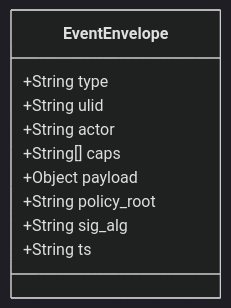
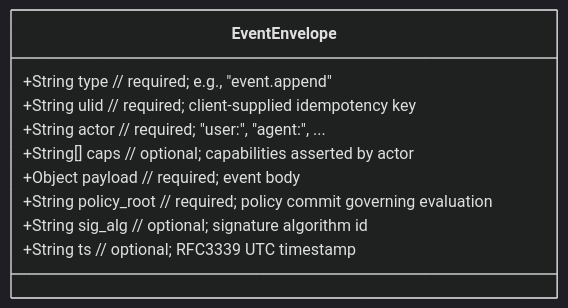
One commit to flyingrobots/gatos changed the fifth of 21 diagrams in docs/SPEC.md. Above: the diagram before and after it, drawn with Mermaid (dark theme). The commit also changed other lines of this file, not shown here.

````diff
--- a/docs/SPEC.md
+++ b/docs/SPEC.md
@@ -272,13 +290,13 @@
 ```mermaid
 classDiagram
     class EventEnvelope {
-        +String type
-        +String ulid
-        +String actor
-        +String[] caps
-        +Object payload
-        +String policy_root
-        +String sig_alg
-        +String ts
+        +String type             // required; e.g., "event.append"
+        +String ulid             // required; client-supplied idempotency key
+        +String actor            // required; "user:<name>", "agent:<name>", ...
+        +String[] caps           // optional; capabilities asserted by actor
+        +Object payload          // required; event body
+        +String policy_root      // required; policy commit governing evaluation
+        +String sig_alg          // optional; signature algorithm id
+        +String ts               // optional; RFC3339 UTC timestamp
     }
 ```
````
